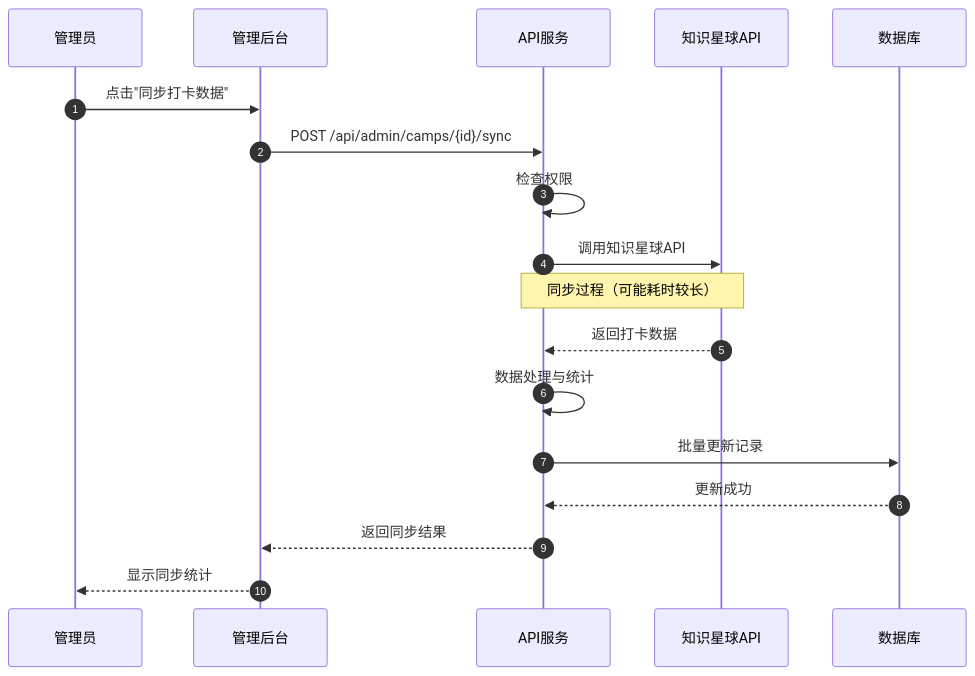
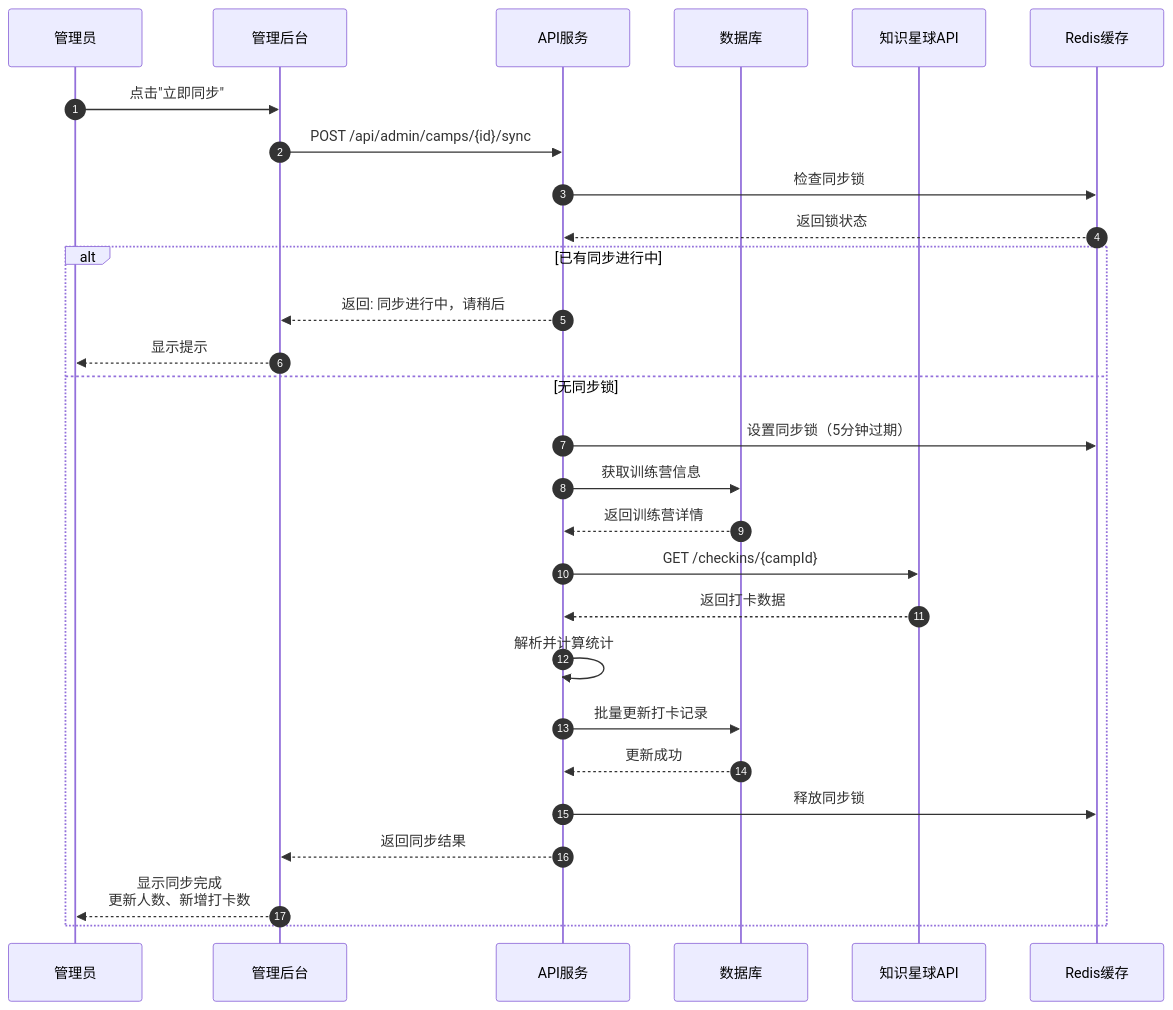
One commit to yiancode/AutoDepositRefundAgent changed the fourth of 11 diagrams in docs/v1/diagrams/时序图.md. Above: the diagram before and after it, drawn with Mermaid. The commit also changed other lines of this file and 5 other files, not shown here.

First line of the commit message:
docs(design): 同步 diagrams 与技术方案，移除智能匹配逻辑

````diff
--- a/docs/v1/diagrams/时序图.md
+++ b/docs/v1/diagrams/时序图.md
@@ -138,25 +142,35 @@
 ```mermaid
 sequenceDiagram
     autonumber
     participant Admin as 管理员
     participant Web as 管理后台
     participant API as API服务
+    participant DB as 数据库
     participant ZSXQ as 知识星球API
-    participant DB as 数据库
+    participant Cache as Redis缓存
 
-    Admin->>Web: 点击"同步打卡数据"
+    Admin->>Web: 点击"立即同步"
     Web->>API: POST /api/admin/camps/{id}/sync
-    API->>API: 检查权限
+    API->>Cache: 检查同步锁
+    Cache-->>API: 返回锁状态
 
-    API->>ZSXQ: 调用知识星球API
+    alt 已有同步进行中
+        API-->>Web: 返回: 同步进行中，请稍后
+        Web-->>Admin: 显示提示
+    else 无同步锁
+        API->>Cache: 设置同步锁（5分钟过期）
+        API->>DB: 获取训练营信息
+        DB-->>API: 返回训练营详情
 
-    Note over API,ZSXQ: 同步过程（可能耗时较长）
+        API->>ZSXQ: GET /checkins/{campId}
+        ZSXQ-->>API: 返回打卡数据
 
-    ZSXQ-->>API: 返回打卡数据
-    API->>API: 数据处理与统计
-    API->>DB: 批量更新记录
-    DB-->>API: 更新成功
+        API->>API: 解析并计算统计
+        API->>DB: 批量更新打卡记录
+        DB-->>API: 更新成功
 
-    API-->>Web: 返回同步结果
-    Web-->>Admin: 显示同步统计
+        API->>Cache: 释放同步锁
+        API-->>Web: 返回同步结果
+        Web-->>Admin: 显示同步完成<br/>更新人数、新增打卡数
+    end
 ```
````
